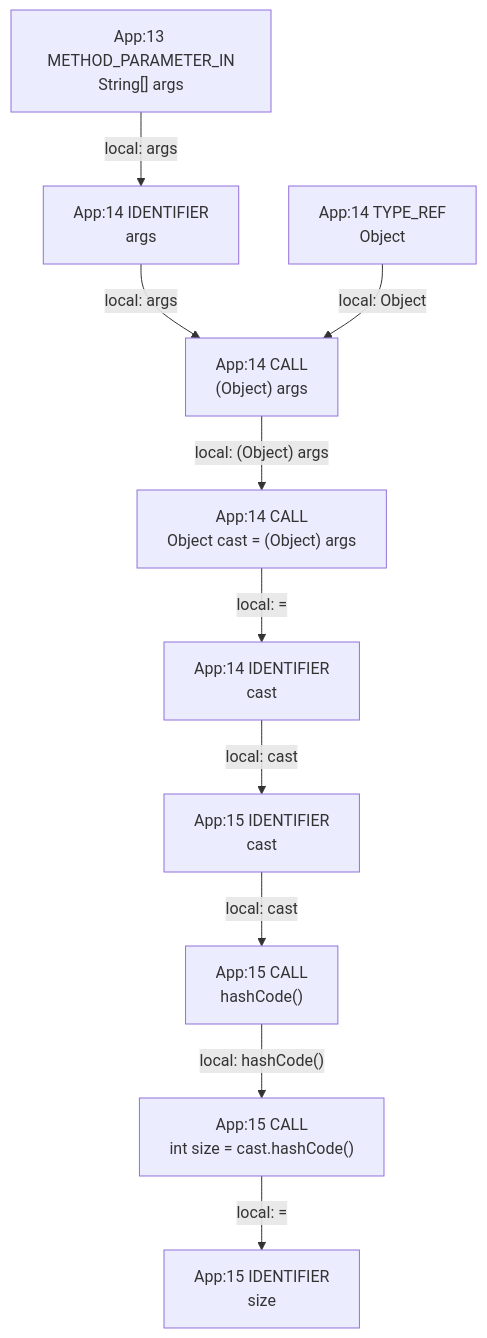
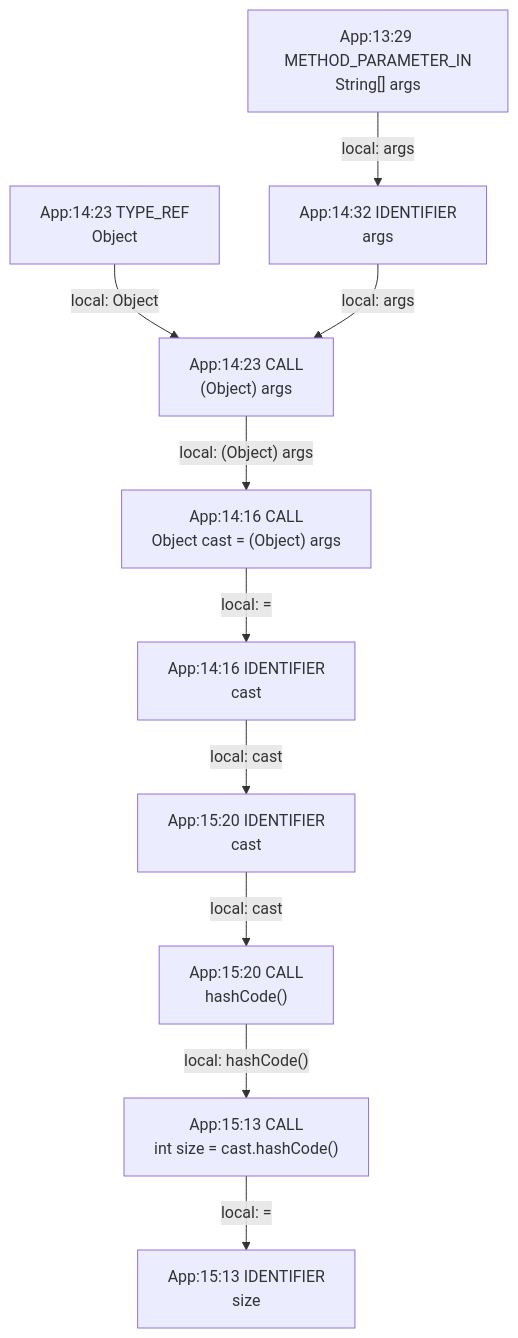
Before and after one commit to gstiebler/codeflow: the diagram in app/src/test/resources/unsupportedAssignment/spike-truth.md, drawn with Mermaid. The commit also changed 154 other files, not shown here.

````diff
--- a/app/src/test/resources/unsupportedAssignment/spike-truth.md
+++ b/app/src/test/resources/unsupportedAssignment/spike-truth.md
@@ -3,22 +3,22 @@
 ```mermaid
 flowchart TD
-  n0["App:13 METHOD_PARAMETER_IN<br/>String[] args"]
-  n1["App:14 CALL<br/>(Object) args"]
-  n2["App:14 CALL<br/>Object cast = (Object) args"]
-  n3["App:14 IDENTIFIER<br/>args"]
-  n4["App:14 IDENTIFIER<br/>cast"]
-  n5["App:14 TYPE_REF<br/>Object"]
-  n6["App:15 CALL<br/>hashCode()"]
-  n7["App:15 CALL<br/>int size = cast.hashCode()"]
-  n8["App:15 IDENTIFIER<br/>cast"]
-  n9["App:15 IDENTIFIER<br/>size"]
-  n0 -->|"local: args"| n3
-  n1 -->|"local: (Object) args"| n2
-  n2 -->|"local: ="| n4
-  n3 -->|"local: args"| n1
-  n4 -->|"local: cast"| n8
-  n5 -->|"local: Object"| n1
-  n6 -->|"local: hashCode()"| n7
-  n7 -->|"local: ="| n9
-  n8 -->|"local: cast"| n6
+  n0["App:13:29 METHOD_PARAMETER_IN<br/>String[] args"]
+  n1["App:14:16 CALL<br/>Object cast = (Object) args"]
+  n2["App:14:16 IDENTIFIER<br/>cast"]
+  n3["App:14:23 CALL<br/>(Object) args"]
+  n4["App:14:23 TYPE_REF<br/>Object"]
+  n5["App:14:32 IDENTIFIER<br/>args"]
+  n6["App:15:13 CALL<br/>int size = cast.hashCode()"]
+  n7["App:15:13 IDENTIFIER<br/>size"]
+  n8["App:15:20 CALL<br/>hashCode()"]
+  n9["App:15:20 IDENTIFIER<br/>cast"]
+  n0 -->|"local: args"| n5
+  n1 -->|"local: ="| n2
+  n2 -->|"local: cast"| n9
+  n3 -->|"local: (Object) args"| n1
+  n4 -->|"local: Object"| n3
+  n5 -->|"local: args"| n3
+  n6 -->|"local: ="| n7
+  n8 -->|"local: hashCode()"| n6
+  n9 -->|"local: cast"| n8
 ```
````
